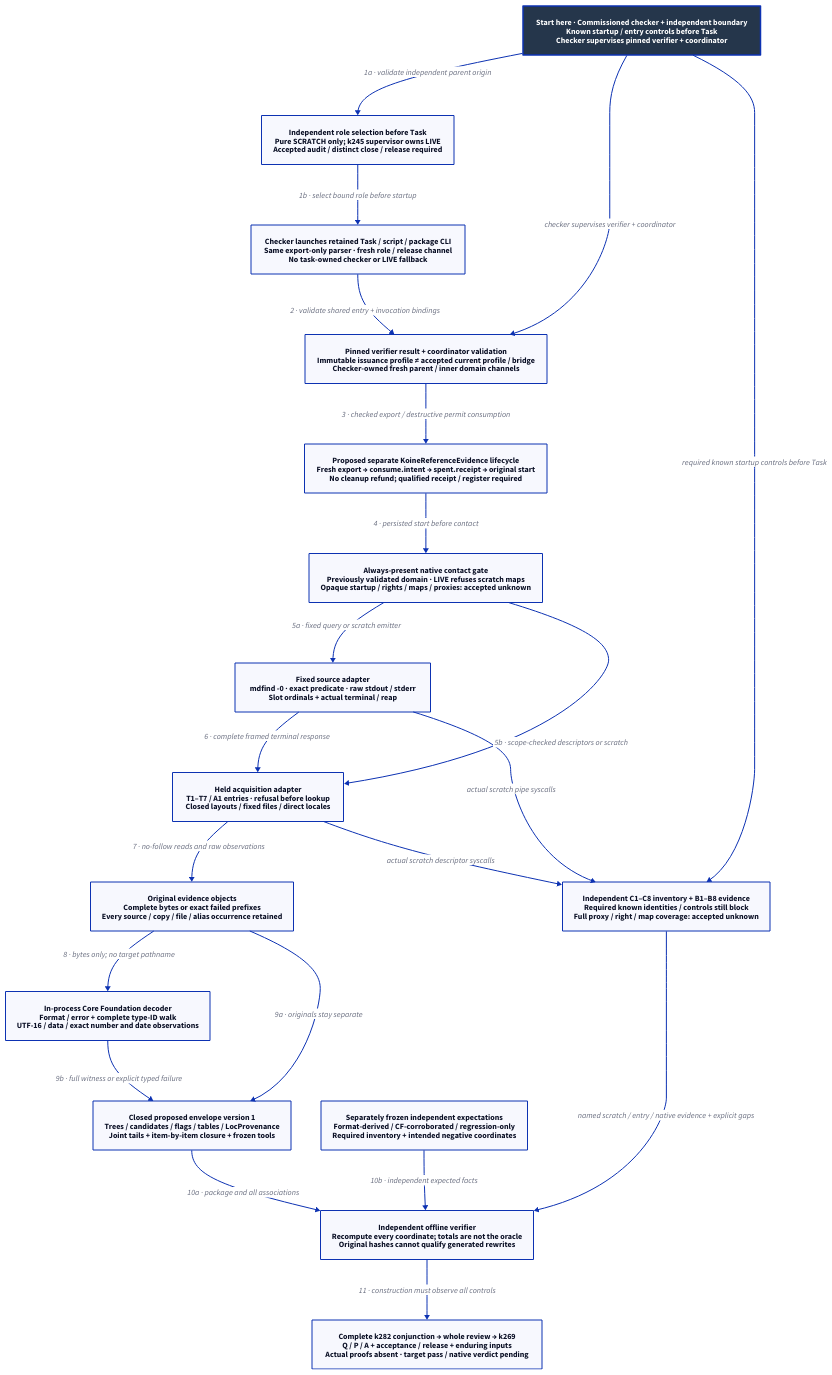
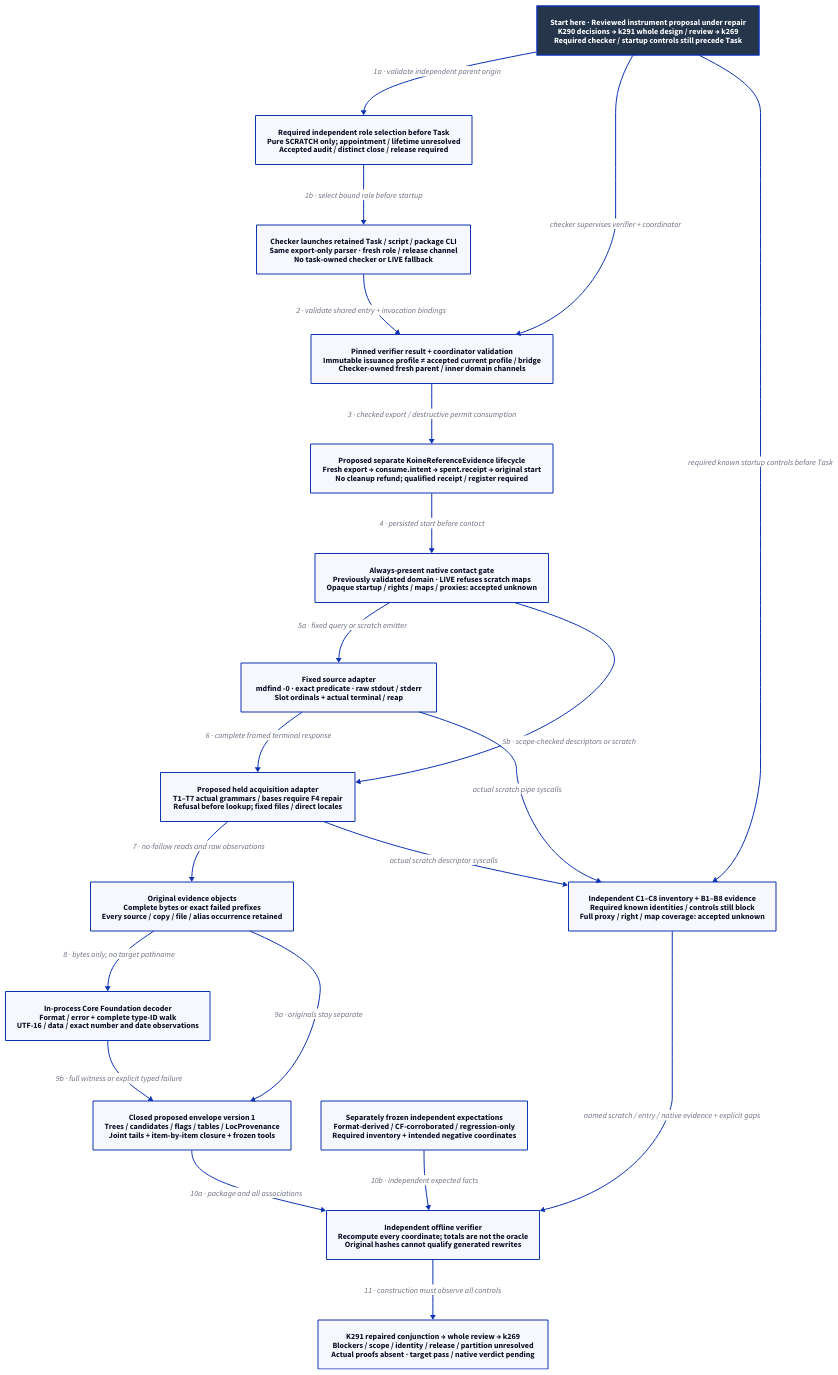
One commit to Linkuistics/Koine changed the diagram in docs/design/architecture/native-reference-instrument.d2. Above: the diagram before and after it, drawn with D2. The commit also changed 51 other files, not shown here.

Commit message:
Integrate admission review and queue bounded session-authority repair (reference-evidence-admission-completion-k289)

```diff
--- a/docs/design/architecture/native-reference-instrument.d2
+++ b/docs/design/architecture/native-reference-instrument.d2
@@ -1,40 +1,40 @@
 # Proposed evidence-tool components; none is implemented or qualified by this design.
 direction: down
 classes: {
   start: {style: {fill: "#25364B"; font-color: "#FFFFFF"; bold: true; stroke-width: 3}}
 }
-Start: "Start here · Commissioned checker + independent boundary\nKnown startup / entry controls before Task\nChecker supervises pinned verifier + coordinator" {class: start}
-Role: "Independent role selection before Task\nPure SCRATCH only; k245 supervisor owns LIVE\nAccepted audit / distinct close / release required"
+Start: "Start here · Reviewed instrument proposal under repair\nK290 decisions → k291 whole design / review → k269\nRequired checker / startup controls still precede Task" {class: start}
+Role: "Required independent role selection before Task\nPure SCRATCH only; appointment / lifetime unresolved\nAccepted audit / distinct close / release required"
 Task: "Checker launches retained Task / script / package CLI\nSame export-only parser · fresh role / release channel\nNo task-owned checker or LIVE fallback"
 Admission: "Pinned verifier result + coordinator validation\nImmutable issuance profile ≠ accepted current profile / bridge\nChecker-owned fresh parent / inner domain channels"
 Authority: "Proposed separate KoineReferenceEvidence lifecycle\nFresh export → consume.intent → spent.receipt → original start\nNo cleanup refund; qualified receipt / register required"
 Gate: "Always-present native contact gate\nPreviously validated domain · LIVE refuses scratch maps\nOpaque startup / rights / maps / proxies: accepted unknown"
 Source: "Fixed source adapter\nmdfind -0 · exact predicate · raw stdout / stderr\nSlot ordinals + actual terminal / reap"
-Held: "Held acquisition adapter\nT1–T7 / A1 entries · refusal before lookup\nClosed layouts / fixed files / direct locales"
+Held: "Proposed held acquisition adapter\nT1–T7 actual grammars / bases require F4 repair\nRefusal before lookup; fixed files / direct locales"
 Objects: "Original evidence objects\nComplete bytes or exact failed prefixes\nEvery source / copy / file / alias occurrence retained"
 Decoder: "In-process Core Foundation decoder\nFormat / error + complete type-ID walk\nUTF-16 / data / exact number and date observations"
 Envelope: "Closed proposed envelope version 1\nTrees / candidates / flags / tables / LocProvenance\nJoint tails + item-by-item closure + frozen tools"
 Oracle: "Separately frozen independent expectations\nFormat-derived / CF-corroborated / regression-only\nRequired inventory + intended negative coordinates"
 Observer: "Independent C1–C8 inventory + B1–B8 evidence\nRequired known identities / controls still block\nFull proxy / right / map coverage: accepted unknown"
 Verifier: "Independent offline verifier\nRecompute every coordinate; totals are not the oracle\nOriginal hashes cannot qualify generated rewrites"
-Boundary: "Complete k282 conjunction → whole review → k269\nQ / P / A + acceptance / release + enduring inputs\nActual proofs absent · target pass / native verdict pending"
+Boundary: "K291 repaired conjunction → whole review → k269\nBlockers / scope / identity / release / partition unresolved\nActual proofs absent · target pass / native verdict pending"
 Start -> Role: "1a · validate independent parent origin"
 Role -> Task: "1b · select bound role before startup"
 Start -> Admission: "checker supervises verifier + coordinator"
 Start -> Observer: "required known startup controls before Task"
 Task -> Admission: "2 · validate shared entry + invocation bindings"
 Admission -> Authority: "3 · checked export / destructive permit consumption"
 Authority -> Gate: "4 · persisted start before contact"
 Gate -> Source: "5a · fixed query or scratch emitter"
 Gate -> Held: "5b · scope-checked descriptors or scratch"
 Source -> Held: "6 · complete framed terminal response"
 Held -> Objects: "7 · no-follow reads and raw observations"
 Objects -> Decoder: "8 · bytes only; no target pathname"
 Objects -> Envelope: "9a · originals stay separate"
 Decoder -> Envelope: "9b · full witness or explicit typed failure"
 Envelope -> Verifier: "10a · package and all associations"
 Oracle -> Verifier: "10b · independent expected facts"
 Source -> Observer: "actual scratch pipe syscalls"
 Held -> Observer: "actual scratch descriptor syscalls"
 Observer -> Verifier: "named scratch / entry / native evidence + explicit gaps"
 Verifier -> Boundary: "11 · construction must observe all controls"
```
